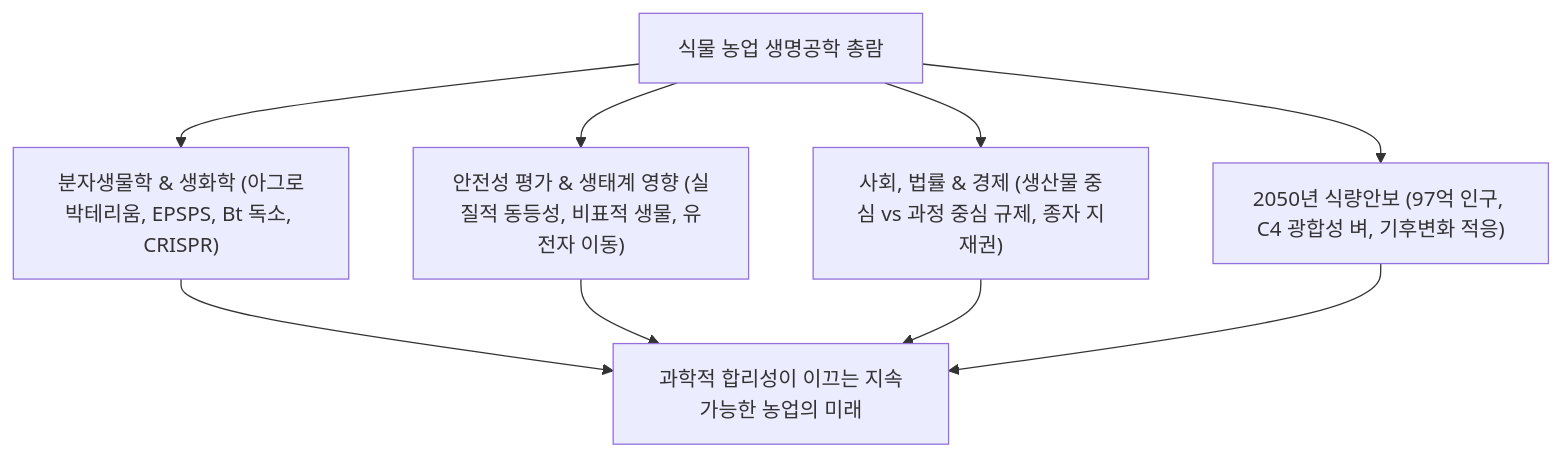
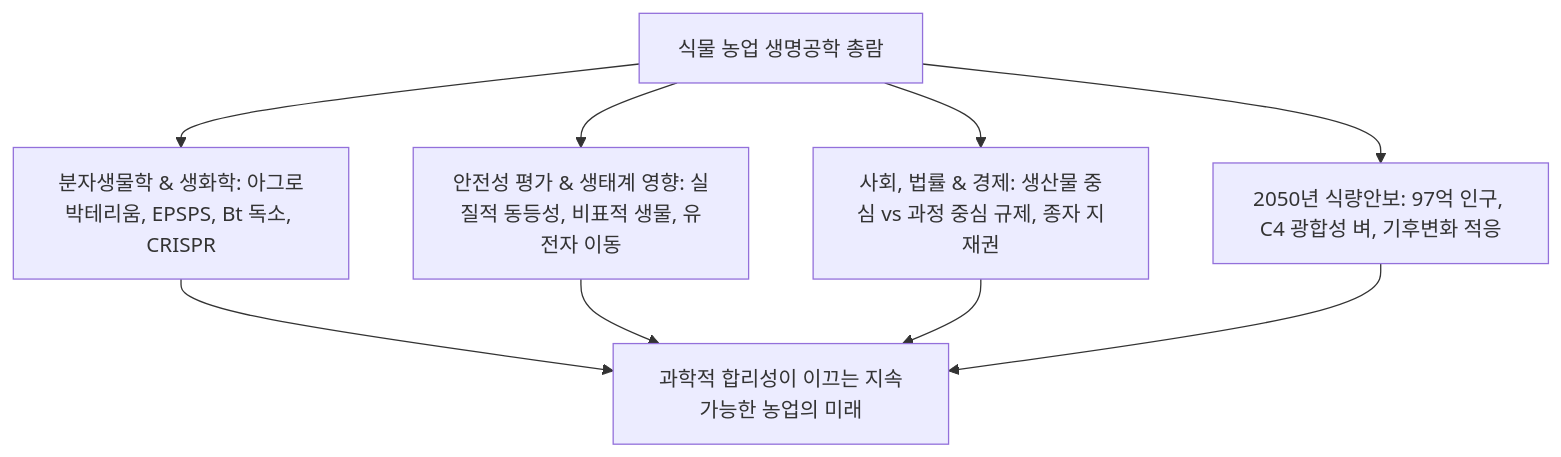
One commit to kenjinote/blog changed the first of 3 diagrams in content/post/genetically-modified-crops-biotechnology-agriculture-safety-future/index.ko.md. Above: the diagram before and after it, drawn with Mermaid. The commit also changed other lines of this file and 11 other files, not shown here.

````diff
--- a/content/post/genetically-modified-crops-biotechnology-agriculture-safety-future/index.ko.md
+++ b/content/post/genetically-modified-crops-biotechnology-agriculture-safety-future/index.ko.md
@@ -17,9 +22,10 @@
 ```mermaid
 flowchart TD
     BIO["식물 농업 생명공학 총람"]
-    BIO --> M1["분자생물학 & 생화학 (아그로박테리움, EPSPS, Bt 독소, CRISPR)"]
-    BIO --> M2["안전성 평가 & 생태계 영향 (실질적 동등성, 비표적 생물, 유전자 이동)"]
-    BIO --> M3["사회, 법률 & 경제 (생산물 중심 vs 과정 중심 규제, 종자 지재권)"]
-    BIO --> M4["2050년 식량안보 (97억 인구, C4 광합성 벼, 기후변화 적응)"]
+    BIO --> M1["분자생물학 & 생화학: 아그로박테리움, EPSPS, Bt 독소, CRISPR"]
+    BIO --> M2["안전성 평가 & 생태계 영향: 실질적 동등성, 비표적 생물, 유전자 이동"]
+    BIO --> M3["사회, 법률 & 경제: 생산물 중심 vs 과정 중심 규제, 종자 지재권"]
+    BIO --> M4["2050년 식량안보: 97억 인구, C4 광합성 벼, 기후변화 적응"]
+    
     M1 & M2 & M3 & M4 --> TOTAL["과학적 합리성이 이끄는 지속가능한 농업의 미래"]
 ```
````
